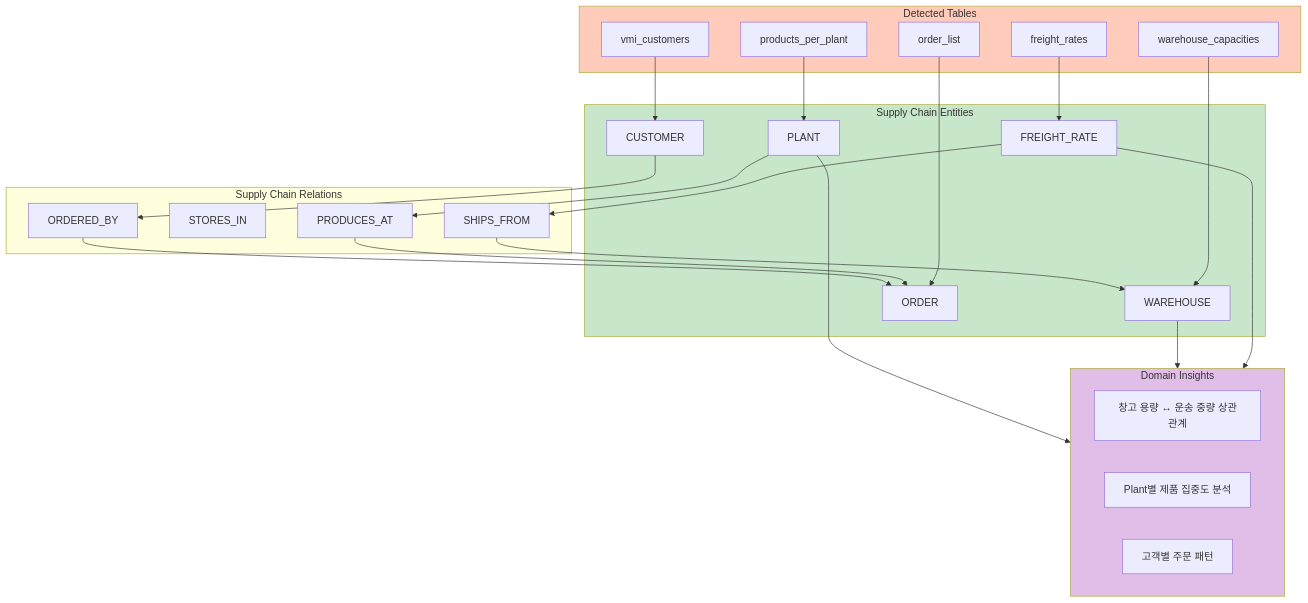
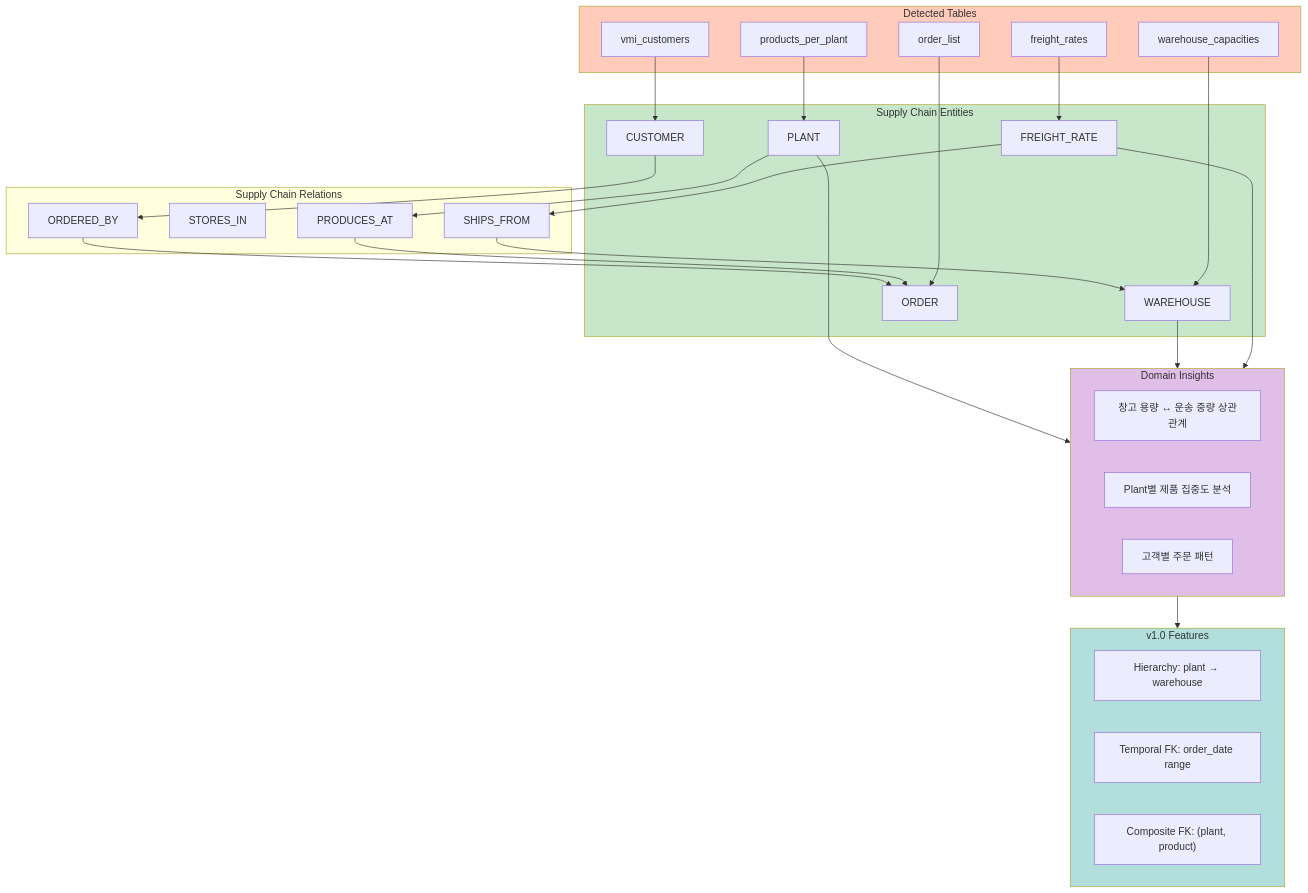
The fifth of 11 diagrams in docs/diagrams/08-domain-detection.md (sabill123/ontology), drawn with Mermaid before and after one commit. The commit also changed other lines of this file and 176 other files, not shown here.

````diff
--- a/docs/diagrams/08-domain-detection.md
+++ b/docs/diagrams/08-domain-detection.md
@@ -172,47 +181,55 @@
 ```mermaid
 graph TB
     subgraph TABLES["Detected Tables"]
         T1[freight_rates]
         T2[warehouse_capacities]
         T3[products_per_plant]
         T4[order_list]
         T5[vmi_customers]
     end
 
     subgraph ENTITIES["Supply Chain Entities"]
         E1[FREIGHT_RATE]
         E2[WAREHOUSE]
         E3[PLANT]
         E4[ORDER]
         E5[CUSTOMER]
     end
 
     subgraph RELATIONS["Supply Chain Relations"]
         R1[SHIPS_FROM]
         R2[STORES_IN]
         R3[PRODUCES_AT]
         R4[ORDERED_BY]
     end
 
     subgraph INSIGHTS["Domain Insights"]
         I1["창고 용량 ↔ 운송 중량 상관관계"]
         I2["Plant별 제품 집중도 분석"]
         I3["고객별 주문 패턴"]
     end
 
+    subgraph V16_FEATURES["v1.0 Features"]
+        V1["Hierarchy: plant → warehouse"]
+        V2["Temporal FK: order_date range"]
+        V3["Composite FK: (plant, product)"]
+    end
+
     T1 --> E1
     T2 --> E2
     T3 --> E3
     T4 --> E4
     T5 --> E5
 
     E1 --> R1 --> E2
     E3 --> R3 --> E4
     E5 --> R4 --> E4
 
     E1 & E2 & E3 --> INSIGHTS
+    INSIGHTS --> V16_FEATURES
 
     style TABLES fill:#ffccbc
     style ENTITIES fill:#c8e6c9
     style INSIGHTS fill:#e1bee7
+    style V16_FEATURES fill:#b2dfdb
 ```
````
